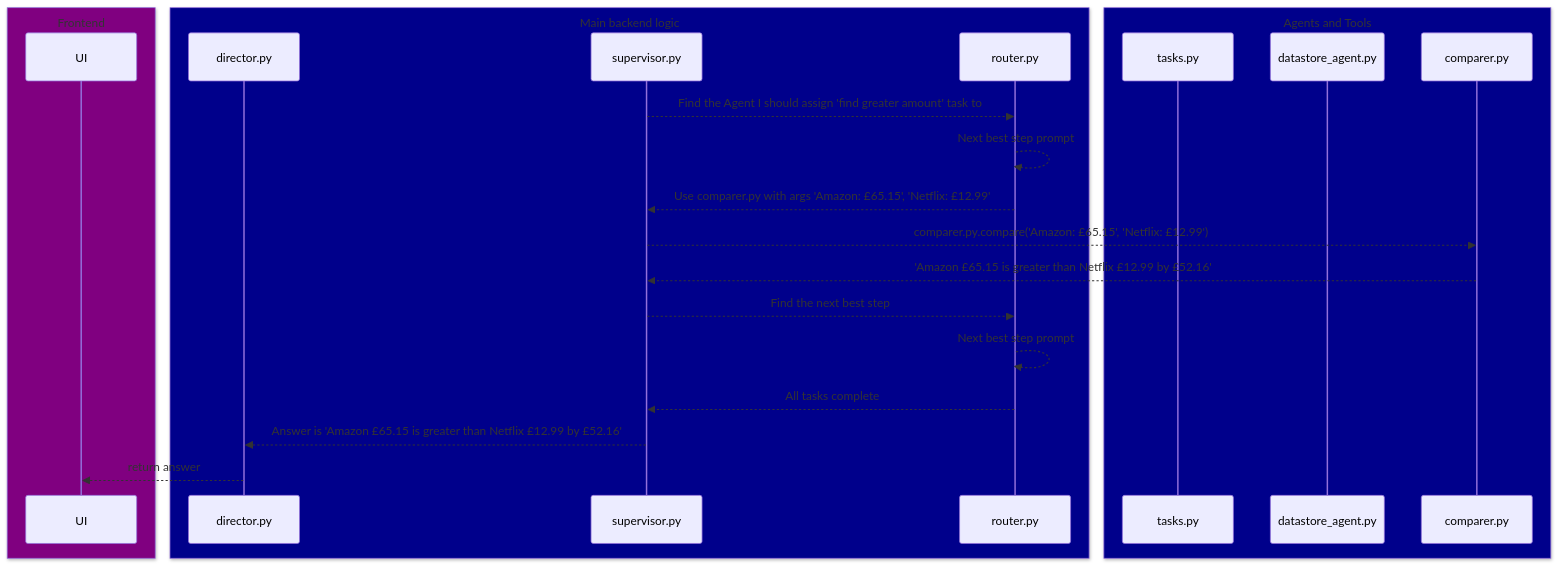
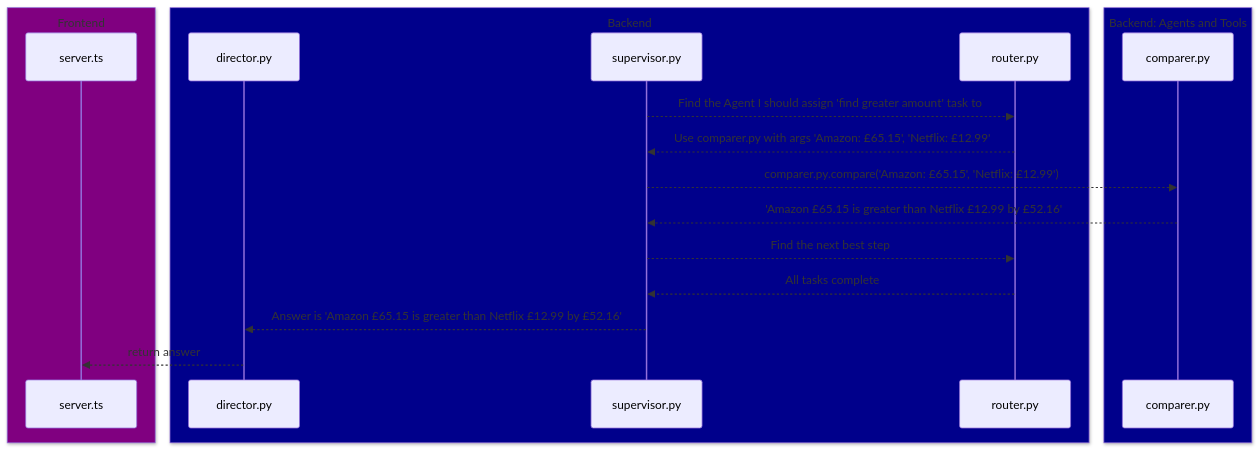
Before and after one commit to WaitThatShouldntWork/InferGPT: the fifth of 5 diagrams in assets/sum-my-subscriptions/happy_flows_sum_my_subs_python_modules.md, drawn with Mermaid. The commit also changed other lines of this file and 1 other file, not shown here.

Commit message:
Make python modules explicit in diagram

````diff
--- a/assets/sum-my-subscriptions/happy_flows_sum_my_subs_python_modules.md
+++ b/assets/sum-my-subscriptions/happy_flows_sum_my_subs_python_modules.md
@@ -91,26 +68,22 @@
 ```mermaid
 sequenceDiagram
     box Purple Frontend
-    participant UI
+    participant server.ts
     end
-    box DarkBlue Main backend logic
+    box DarkBlue Backend
     participant director.py
     participant supervisor.py
     participant router.py
     end
-    box DarkBlue Agents and Tools
-    participant tasks.py
-    participant datastore_agent.py
+    box DarkBlue Backend: Agents and Tools
     participant comparer.py
     end
     supervisor.py -->> router.py: Find the Agent I should assign 'find greater amount' task to
-    router.py -->> router.py: Next best step prompt
     router.py -->> supervisor.py: Use comparer.py with args 'Amazon: £65.15', 'Netflix: £12.99'
     supervisor.py -->> comparer.py: comparer.py.compare('Amazon: £65.15', 'Netflix: £12.99')
     comparer.py -->> supervisor.py: 'Amazon £65.15 is greater than Netflix £12.99 by £52.16'
     supervisor.py -->> router.py: Find the next best step
-    router.py -->> router.py: Next best step prompt
     router.py -->> supervisor.py: All tasks complete
     supervisor.py -->> director.py: Answer is 'Amazon £65.15 is greater than Netflix £12.99 by £52.16'
-    director.py -->> UI: return answer
+    director.py -->> server.ts: return answer
 ```
````
